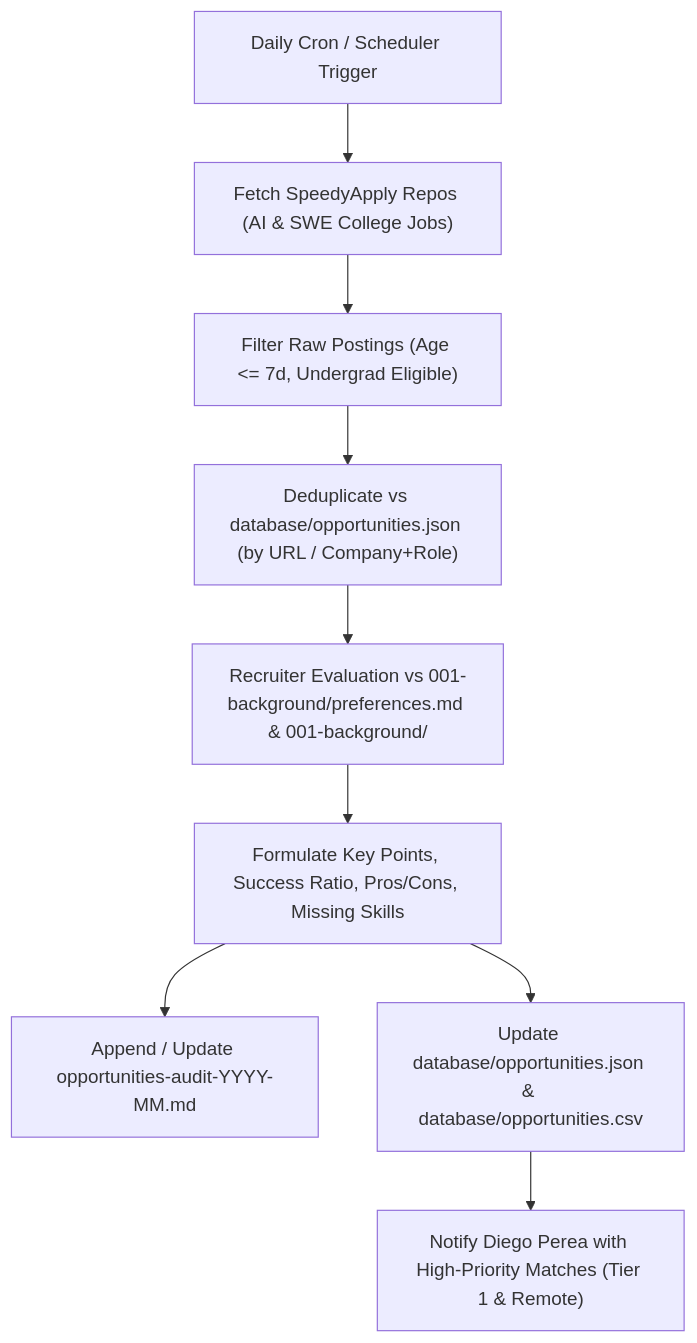
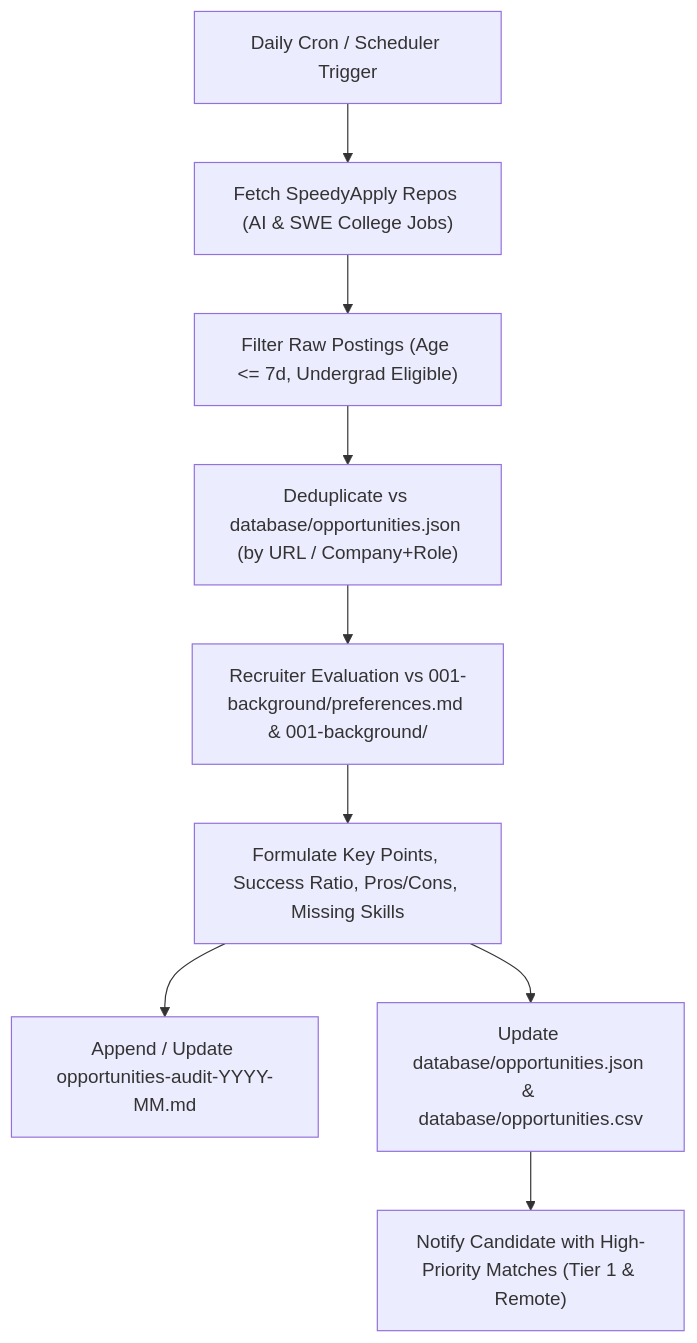
The diagram in 004-work-opportunities/database/README.md (Perea094/CareerVault-DS-SWE), drawn with Mermaid before and after one commit. The commit also changed other lines of this file and 81 other files, not shown here.

````diff
--- a/004-work-opportunities/database/README.md
+++ b/004-work-opportunities/database/README.md
@@ -74,11 +73,11 @@
 ```mermaid
 flowchart TD
     A["Daily Cron / Scheduler Trigger"] --> B["Fetch SpeedyApply Repos (AI & SWE College Jobs)"]
     B --> C["Filter Raw Postings (Age <= 7d, Undergrad Eligible)"]
     C --> D["Deduplicate vs database/opportunities.json (by URL / Company+Role)"]
     D --> E["Recruiter Evaluation vs 001-background/preferences.md & 001-background/"]
     E --> F["Formulate Key Points, Success Ratio, Pros/Cons, Missing Skills"]
     F --> G["Append / Update opportunities-audit-YYYY-MM.md"]
     F --> H["Update database/opportunities.json & database/opportunities.csv"]
-    H --> I["Notify Diego Perea with High-Priority Matches (Tier 1 & Remote)"]
+    H --> I["Notify Candidate with High-Priority Matches (Tier 1 & Remote)"]
 ```
````
